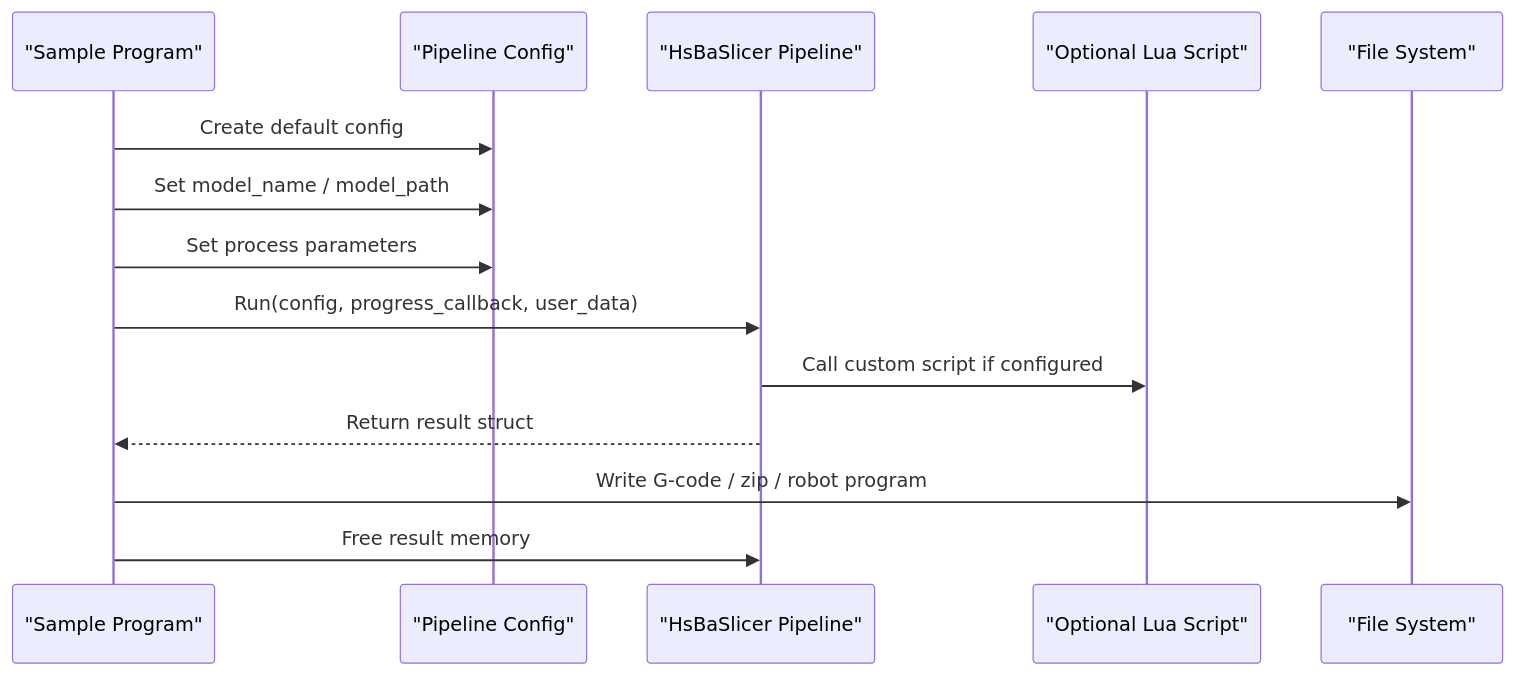
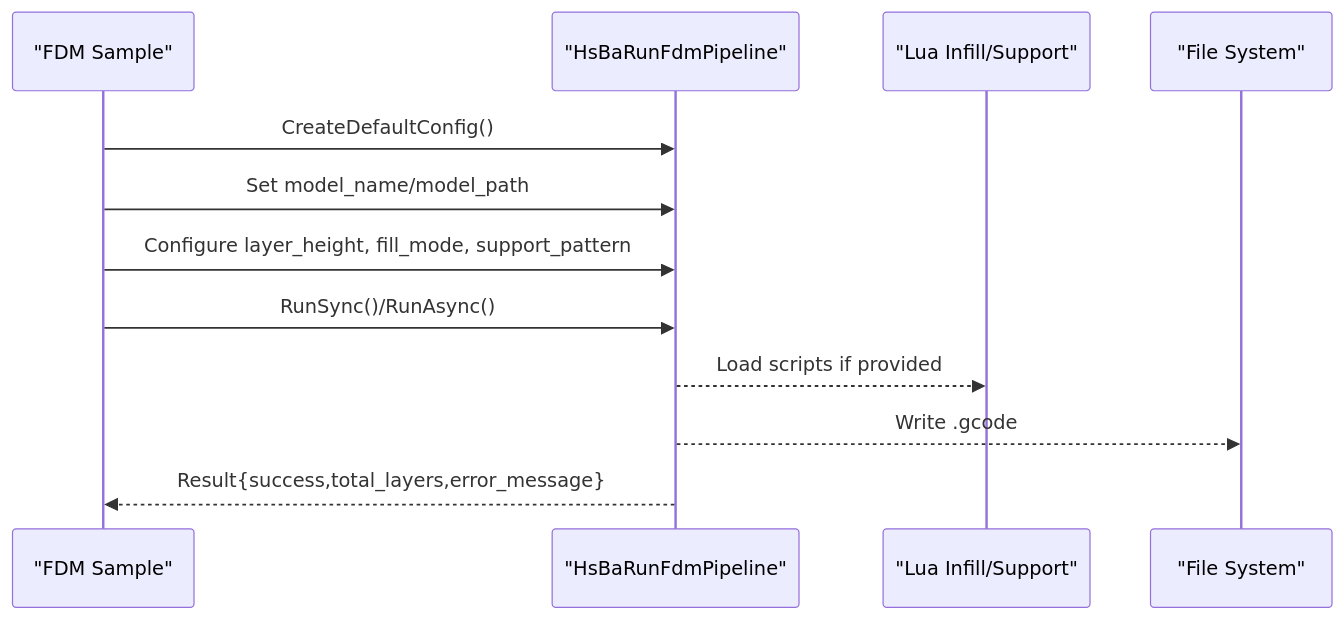
The fourth of 12 diagrams in .qoder/repowiki/en/content/Examples & Samples/Examples & Samples.md (hsmbanlance/HsBaSlicer), drawn with Mermaid before and after one commit. The commit also changed other lines of this file and 1095 other files, not shown here.

````diff
--- a/.qoder/repowiki/en/content/Examples & Samples/Examples & Samples.md
+++ b/.qoder/repowiki/en/content/Examples & Samples/Examples & Samples.md
@@ -127,16 +200,14 @@
 ```mermaid
 sequenceDiagram
-participant App as "Sample Program"
-participant Config as "Pipeline Config"
-participant Pipeline as "HsBaSlicer Pipeline"
-participant Lua as "Optional Lua Script"
-participant Output as "File System"
-App->>Config : Create default config
-App->>Config : Set model_name / model_path
-App->>Config : Set process parameters
-App->>Pipeline : Run(config, progress_callback, user_data)
-Pipeline->>Lua : Call custom script if configured
-Pipeline-->>App : Return result struct
-App->>Output : Write G-code / zip / robot program
-App->>Pipeline : Free result memory
+participant App as "FDM Sample"
+participant API as "HsBaRunFdmPipeline"
+participant Lua as "Lua Infill/Support"
+participant FS as "File System"
+App->>API : CreateDefaultConfig()
+App->>API : Set model_name/model_path
+App->>API : Configure layer_height, fill_mode, support_pattern
+App->>API : RunSync()/RunAsync()
+API-->>Lua : Load scripts if provided
+API-->>FS : Write .gcode
+API-->>App : Result{success,total_layers,error_message}
 ```
````
